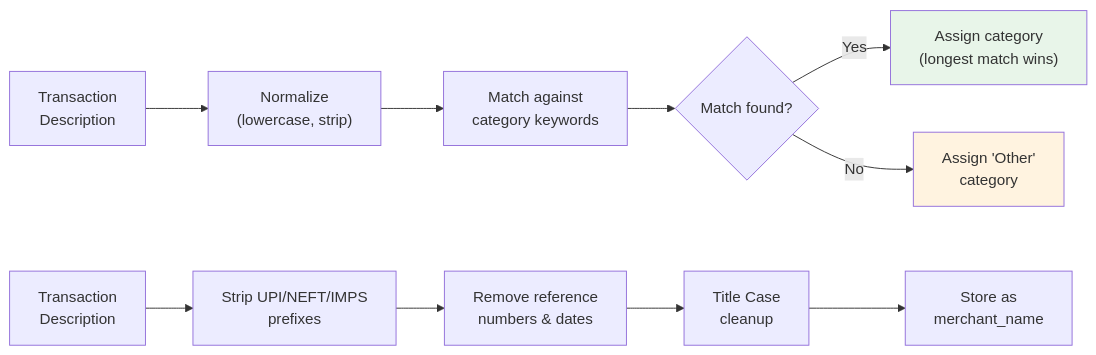
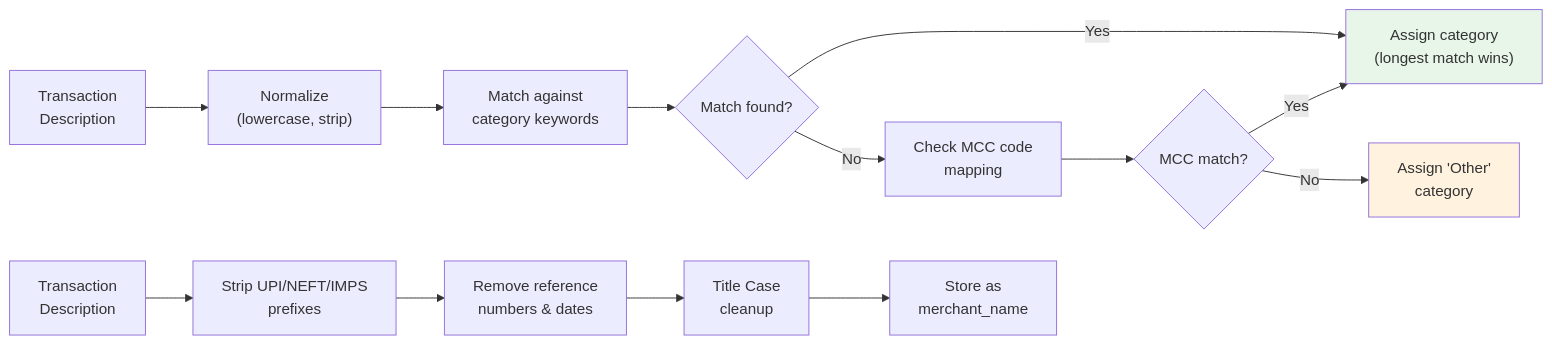
Before and after one commit to ghiridhars/finance-tracker-personal: the tenth of 11 diagrams in docs/ARCHITECTURE.md, drawn with Mermaid. The commit also changed other lines of this file and 7 other files, not shown here.

````diff
--- a/docs/ARCHITECTURE.md
+++ b/docs/ARCHITECTURE.md
@@ -485,16 +548,19 @@
 ```mermaid
 flowchart LR
     A["Transaction<br/>Description"] --> B["Normalize<br/>(lowercase, strip)"]
     B --> C["Match against<br/>category keywords"]
     C --> D{Match found?}
     D -->|Yes| E["Assign category<br/>(longest match wins)"]
-    D -->|No| F["Assign 'Other'<br/>category"]
+    D -->|No| F["Check MCC code<br/>mapping"]
+    F --> G{MCC match?}
+    G -->|Yes| E
+    G -->|No| H["Assign 'Other'<br/>category"]
 
-    G["Transaction<br/>Description"] --> H["Strip UPI/NEFT/IMPS<br/>prefixes"]
-    H --> I["Remove reference<br/>numbers & dates"]
-    I --> J["Title Case<br/>cleanup"]
-    J --> K["Store as<br/>merchant_name"]
+    I["Transaction<br/>Description"] --> J["Strip UPI/NEFT/IMPS<br/>prefixes"]
+    J --> K["Remove reference<br/>numbers & dates"]
+    K --> L["Title Case<br/>cleanup"]
+    L --> M["Store as<br/>merchant_name"]
 
     style E fill:#e8f5e9
-    style F fill:#fff3e0
+    style H fill:#fff3e0
 ```
````
